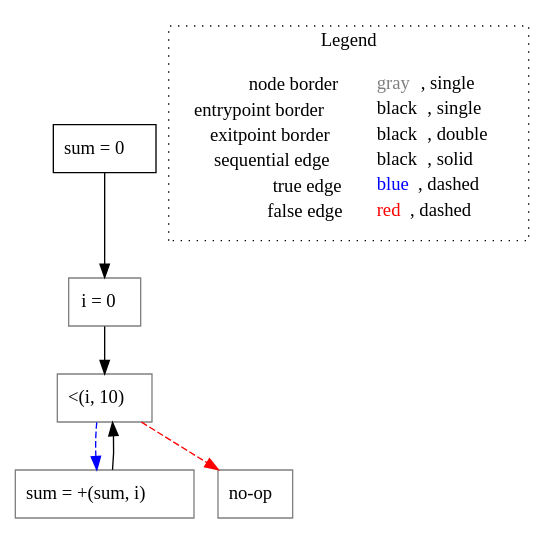
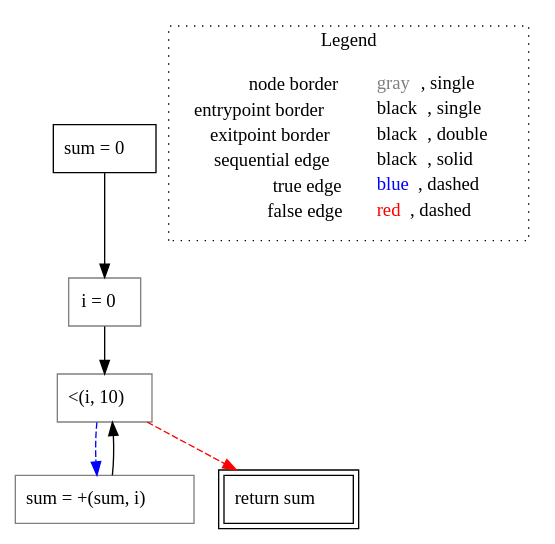
Before and after one commit to lisa-analyzer/go-lisa: the diagram in go-lisa/test-outputs/cfg/for/untyped_~LiSAProgram.noIncFor().dot, drawn with Graphviz. The commit also changed 27 other files, not shown here.

```diff
--- a/go-lisa/test-outputs/cfg/for/untyped_~LiSAProgram.noIncFor().dot
+++ b/go-lisa/test-outputs/cfg/for/untyped_~LiSAProgram.noIncFor().dot
@@ -1,19 +1,19 @@
 digraph {
 	"node0" [shape="rect",color="black",label=<sum = 0>];
-	"node1" [shape="rect",color="gray",label=<&lt;(i, 10)>];
-	"node2" [shape="rect",color="gray",label=<i = 0>];
-	"node3" [shape="rect",color="gray",label=<sum = +(sum, i)>];
-	"node4" [shape="rect",color="gray",label=<no-op>];
-	"node0" -> "node2" [color="black"];
-	"node1" -> "node3" [color="blue",style="dashed"];
-	"node1" -> "node4" [color="red",style="dashed"];
-	"node2" -> "node1" [color="black"];
-	"node3" -> "node1" [color="black"];
+	"node1" [shape="rect",color="black",peripheries="2",label=<return sum>];
+	"node2" [shape="rect",color="gray",label=<sum = +(sum, i)>];
+	"node3" [shape="rect",color="gray",label=<i = 0>];
+	"node4" [shape="rect",color="gray",label=<&lt;(i, 10)>];
+	"node0" -> "node3" [color="black"];
+	"node2" -> "node4" [color="black"];
+	"node3" -> "node4" [color="black"];
+	"node4" -> "node1" [color="red",style="dashed"];
+	"node4" -> "node2" [color="blue",style="dashed"];
 subgraph cluster_legend {
 	label="Legend";
 	style=dotted;
 	node [shape=plaintext];
 	"legend" [label=<<table border="0" cellpadding="2" cellspacing="0" cellborder="0"><tr><td align="right">node border&nbsp;</td><td align="left"><font color="gray">gray</font>, single</td></tr><tr><td align="right">entrypoint border&nbsp;</td><td align="left"><font color="black">black</font>, single</td></tr><tr><td align="right">exitpoint border&nbsp;</td><td align="left"><font color="black">black</font>, double</td></tr><tr><td align="right">sequential edge&nbsp;</td><td align="left"><font color="black">black</font>, solid</td></tr><tr><td align="right">true edge&nbsp;</td><td align="left"><font color="blue">blue</font>, dashed</td></tr><tr><td align="right">false edge&nbsp;</td><td align="left"><font color="red">red</font>, dashed</td></tr></table>>];
 }
 
 }
```
